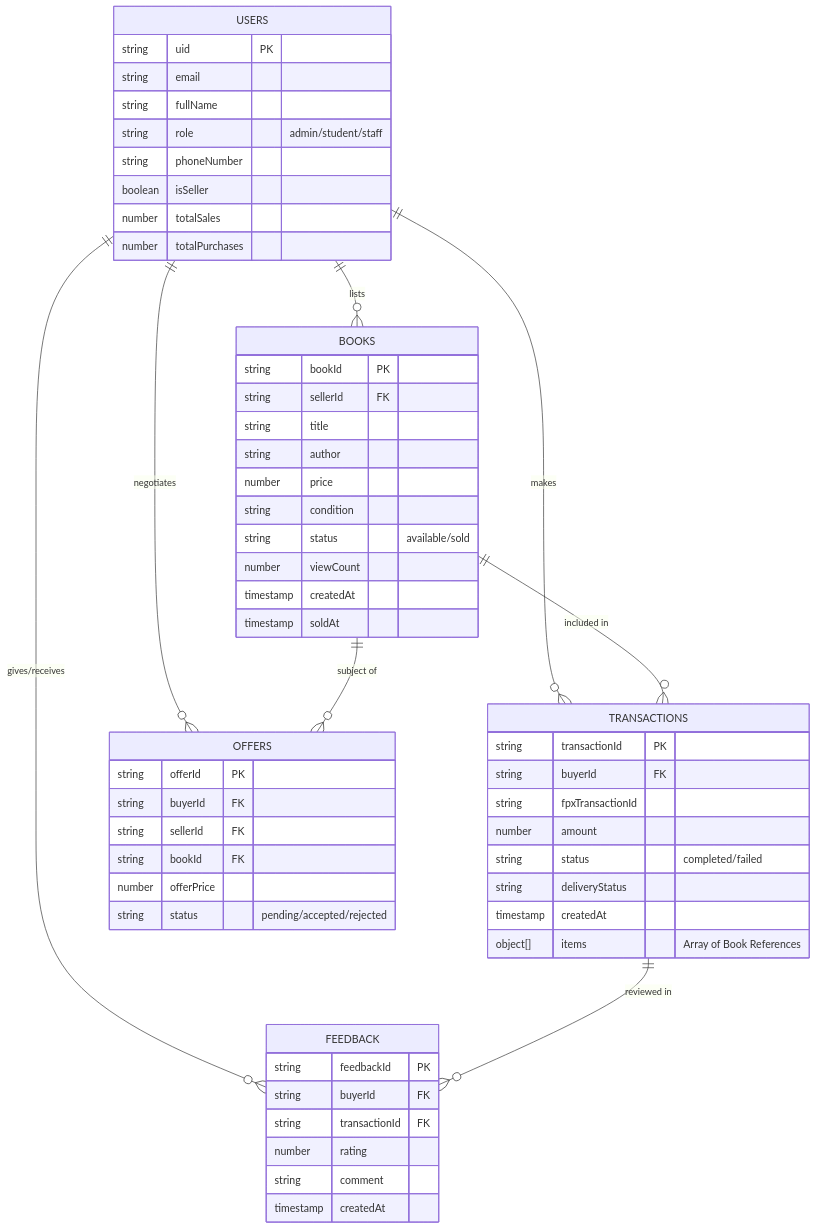
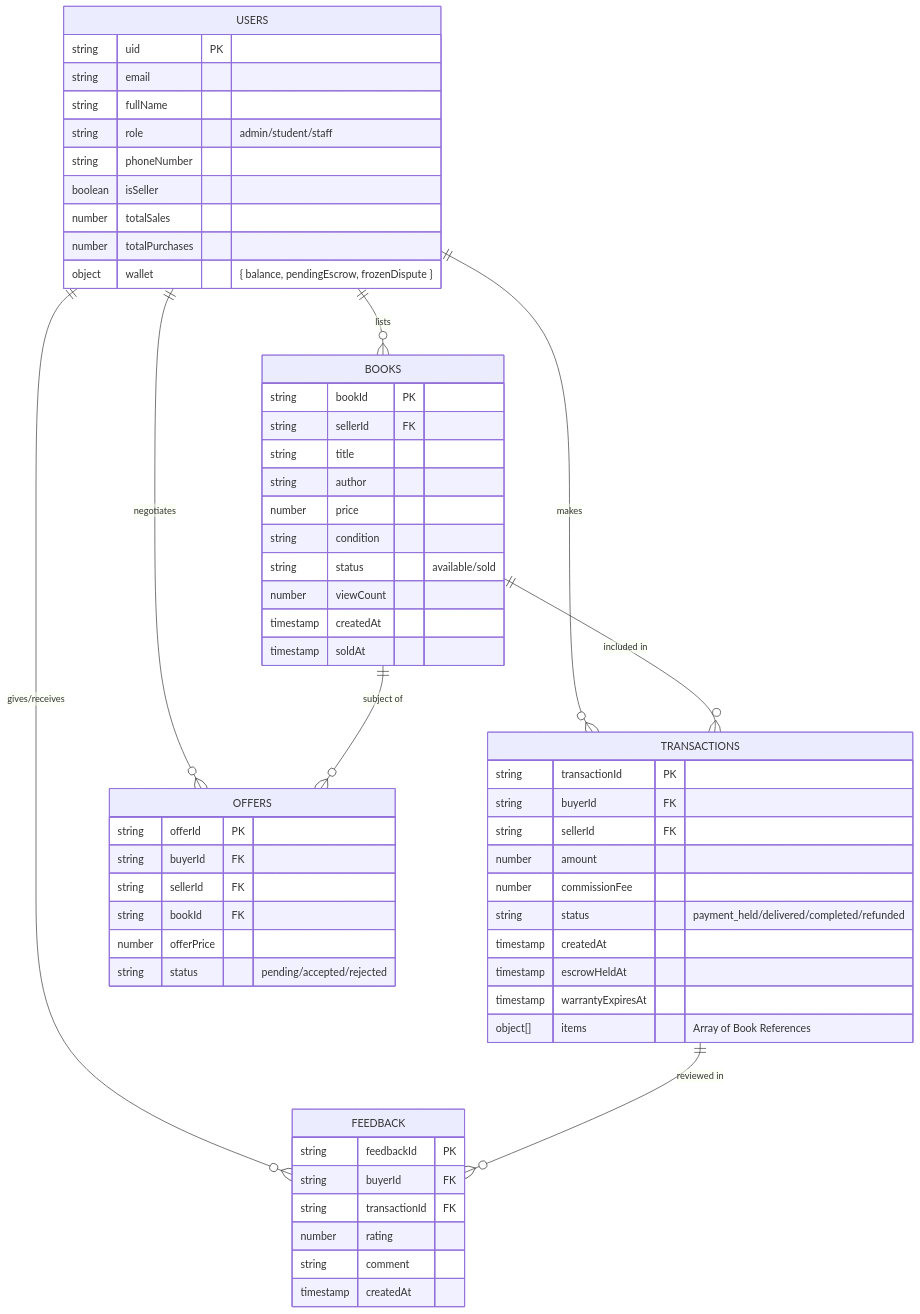
Before and after one commit to qieyl345/Web-Based_Book_E-Marketplace_with_Data_Visualization_for_Uitm: the third of 3 diagrams in file_md/documentation/projectDesign.md, drawn with Mermaid. The commit also changed other lines of this file, not shown here.

````diff
--- a/file_md/documentation/projectDesign.md
+++ b/file_md/documentation/projectDesign.md
@@ -106,65 +120,68 @@
 ```mermaid
 erDiagram
     USERS ||--o{ BOOKS : "lists"
     USERS ||--o{ TRANSACTIONS : "makes"
     USERS ||--o{ OFFERS : "negotiates"
     USERS ||--o{ FEEDBACK : "gives/receives"
 
     BOOKS ||--o{ TRANSACTIONS : "included in"
     BOOKS ||--o{ OFFERS : "subject of"
     
     TRANSACTIONS ||--o{ FEEDBACK : "reviewed in"
 
     USERS {
         string uid PK
         string email
         string fullName
         string role "admin/student/staff"
         string phoneNumber
         boolean isSeller
         number totalSales
         number totalPurchases
+        object wallet "{ balance, pendingEscrow, frozenDispute }"
     }
 
     BOOKS {
         string bookId PK
         string sellerId FK
         string title
         string author
         number price
         string condition
         string status "available/sold"
         number viewCount
         timestamp createdAt
         timestamp soldAt
     }
 
     TRANSACTIONS {
         string transactionId PK
         string buyerId FK
-        string fpxTransactionId
+        string sellerId FK
         number amount
-        string status "completed/failed"
-        string deliveryStatus
+        number commissionFee
+        string status "payment_held/delivered/completed/refunded"
         timestamp createdAt
+        timestamp escrowHeldAt
+        timestamp warrantyExpiresAt
         object[] items "Array of Book References"
     }
 
     OFFERS {
         string offerId PK
         string buyerId FK
         string sellerId FK
         string bookId FK
         number offerPrice
         string status "pending/accepted/rejected"
     }
 
     FEEDBACK {
         string feedbackId PK
         string buyerId FK
         string transactionId FK
         number rating
         string comment
         timestamp createdAt
     }
 ```
````
